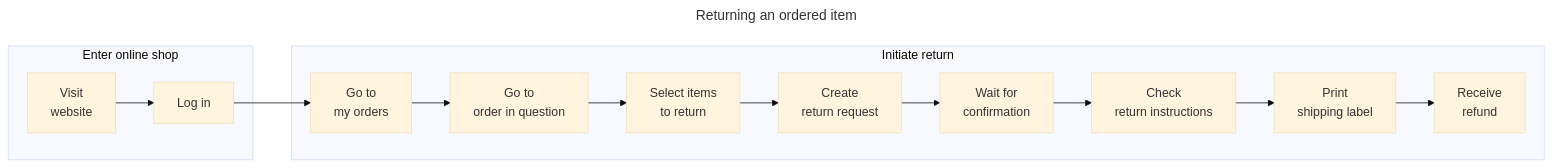
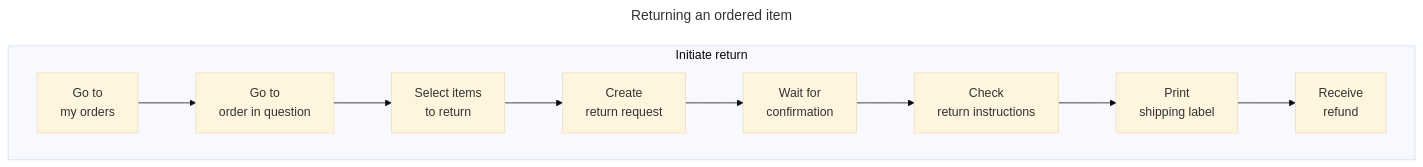
The diagram in image-sources/diagrams/user-journeys/journey-returning.mmd (qw3ry/misarch-docs), drawn with Mermaid (base theme) before and after one commit. The commit also changed 32 other files, not shown here.

Commit message:
Removed login overhead from the user-journey diagrams

```diff
--- a/image-sources/diagrams/user-journeys/journey-returning.mmd
+++ b/image-sources/diagrams/user-journeys/journey-returning.mmd
@@ -1,19 +1,16 @@
 ---
 title: Returning an ordered item
 ---
 flowchart LR
-    subgraph Enter online shop
-        A["Visit \nwebsite"]
-        B["Log in"]
-    end
     subgraph Initiate return
+        direction LR
         C["Go to \nmy orders"]
         D["Go to \norder in question"]
         E["Select items \nto return"]
         F["Create \nreturn request"]
         G["Wait for \nconfirmation"]
         H["Check \nreturn instructions"]
         I["Print \nshipping label"]
         J["Receive \nrefund"]
     end
-    A --> B --> C --> D --> E --> F --> G --> H --> I --> J
+    C --> D --> E --> F --> G --> H --> I --> J
```
